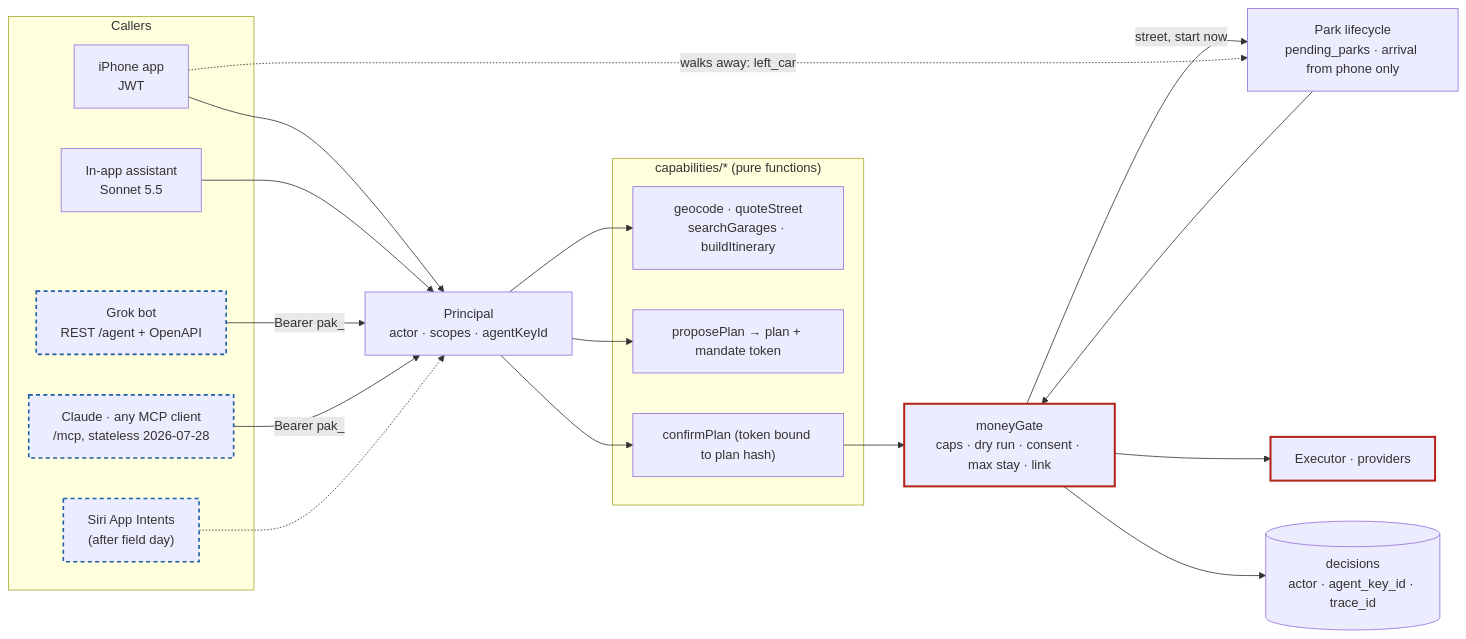
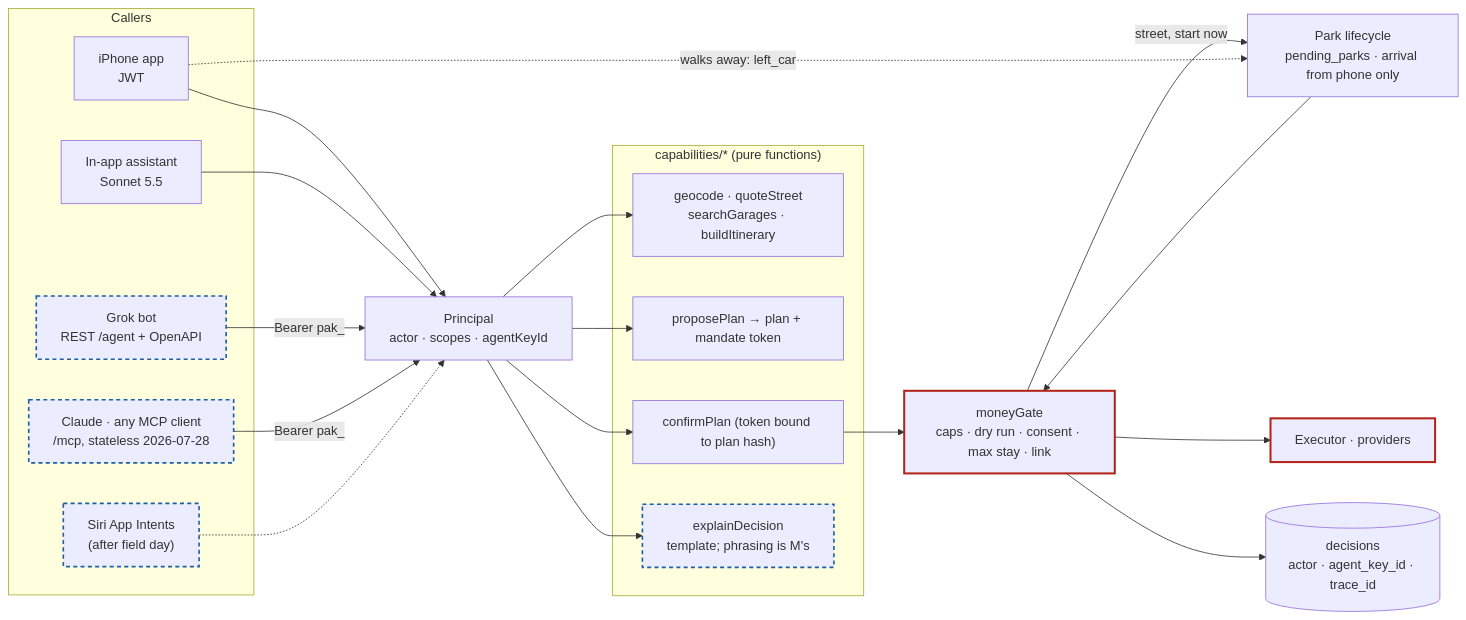
Before and after one commit to thomasbardhi01/parkagent: the third of 4 diagrams in docs/architecture.md, drawn with Mermaid. The commit also changed other lines of this file and 16 other files, not shown here.

Commit message:
Assistant on Claude Sonnet 5.5 and Haiku 5.5; strict tools; explainDecision capability (WS-4 PR 1c) (#253)

````diff
--- a/docs/architecture.md
+++ b/docs/architecture.md
@@ -104,41 +106,44 @@
 ```mermaid
 flowchart LR
   subgraph Callers
     APP["iPhone app<br/>JWT"]
     LOOP["In-app assistant<br/>Sonnet 5.5"]
     GROK["Grok bot<br/>REST /agent + OpenAPI"]
     CL["Claude · any MCP client<br/>/mcp, stateless 2026-07-28"]
     SIRI["Siri App Intents<br/>(after field day)"]
   end
 
   P["Principal<br/>actor · scopes · agentKeyId"]
 
   subgraph Cap["capabilities/* (pure functions)"]
     C1["geocode · quoteStreet<br/>searchGarages · buildItinerary"]
     C2["proposePlan → plan + mandate token"]
     C3["confirmPlan (token bound to plan hash)"]
+    C4["explainDecision<br/>template; phrasing is M's"]
   end
 
   GATE["moneyGate<br/>caps · dry run · consent · max stay · link"]
   LIFE["Park lifecycle<br/>pending_parks · arrival from phone only"]
   EXE["Executor · providers"]
   DEC[("decisions<br/>actor · agent_key_id · trace_id")]
 
   APP --> P
   LOOP --> P
   GROK -- "Bearer pak_" --> P
   CL -- "Bearer pak_" --> P
   SIRI -.-> P
   P --> C1 & C2 & C3
+  P --> C4
   C3 --> GATE
   GATE -- "street, start now" --> LIFE
   LIFE --> GATE
   GATE --> EXE
   GATE --> DEC
   APP -. "walks away: left_car" .-> LIFE
 
   classDef money stroke:#b42318,stroke-width:2.5px
   classDef planned stroke:#1d5fa8,stroke-width:2px,stroke-dasharray:5 4
   class GATE,EXE money
   class GROK,CL,SIRI planned
+  class C4 planned
 ```
````
